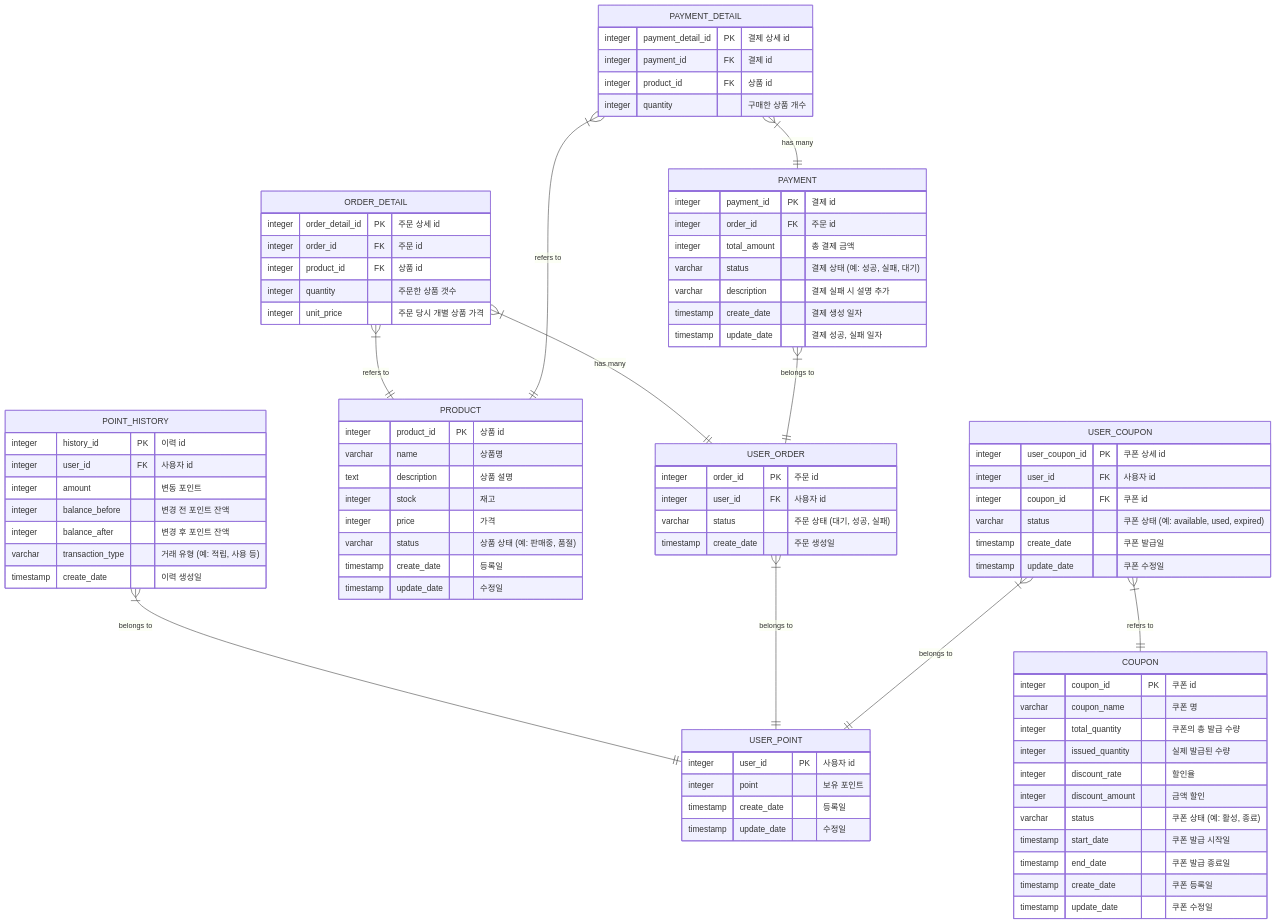
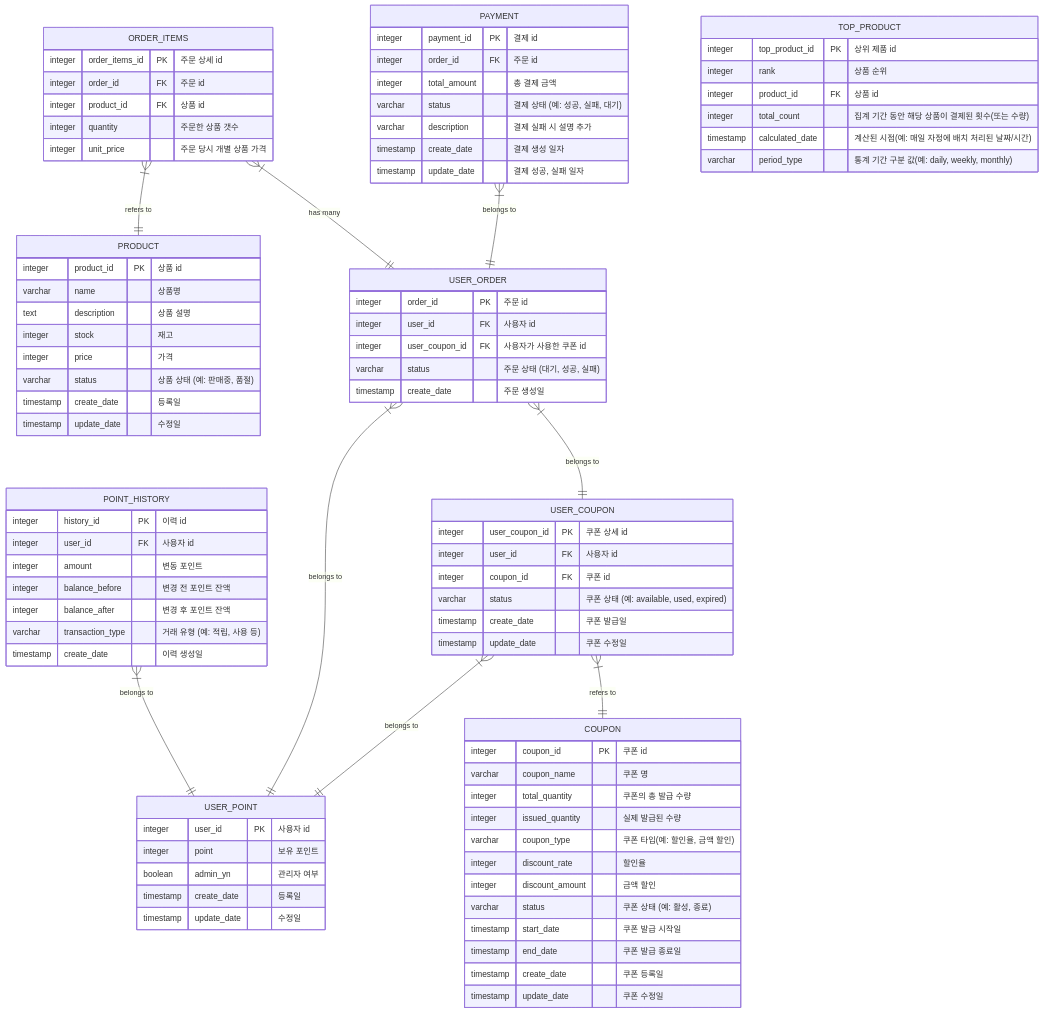
Before and after one commit to Park-ha-neul/hhplus-e-commerce: the diagram in docs/ERD 설계.md, drawn with Mermaid. The commit also changed 1 other file, not shown here.

Commit message:
fix: 2주차 피드백 내용 반영 1. 매핑 테이블명 수정 (_detail -> _items) 2. 결제 매핑 테이블 중복 -> 삭제 3. 상위 상품 테이블(TOP_PRODUCT) 새로 생성 (배치 돌린 후 데이터 저장하는) 4. coupon 테이블에 type 컬럼 추가 (할인율인지 할인금액인지) 5. 주문이랑 쿠폰 연관이 안되어있는 부분 수정 6. 시퀀스 다이어그램에 관리자가 쿠폰, 상품 등록하게 되어있는데 db에는 따로 없음 (사용자 관리 테이블에 관리자 여부 체크하는 컬럼 추가)

````diff
--- a/docs/ERD 설계.md
+++ b/docs/ERD 설계.md
@@ -4,6 +4,7 @@
   USER_POINT {
     integer user_id PK "사용자 id"
     integer point "보유 포인트"
+    boolean admin_yn "관리자 여부"
     timestamp create_date "등록일"
     timestamp update_date "수정일"
   }
@@ -33,20 +34,22 @@
   USER_ORDER {
     integer order_id PK "주문 id"
     integer user_id FK "사용자 id"
+    integer user_coupon_id FK "사용자가 사용한 쿠폰 id"
     varchar status "주문 상태 (대기, 성공, 실패)"
     timestamp create_date "주문 생성일"
   }
   USER_ORDER }|--|| USER_POINT : "belongs to"
+  USER_ORDER }|--|| USER_COUPON : "belongs to"
 
-  ORDER_DETAIL {
-    integer order_detail_id PK "주문 상세 id"
+  ORDER_ITEMS {
+    integer order_items_id PK "주문 상세 id"
     integer order_id FK "주문 id"
     integer product_id FK "상품 id"
     integer quantity "주문한 상품 갯수"
     integer unit_price "주문 당시 개별 상품 가격"
   }
-  ORDER_DETAIL }|--|| USER_ORDER : "has many"
-  ORDER_DETAIL }|--|| PRODUCT : "refers to"
+  ORDER_ITEMS }|--|| USER_ORDER : "has many"
+  ORDER_ITEMS }|--|| PRODUCT : "refers to"
 
   PAYMENT {
     integer payment_id PK "결제 id"
@@ -59,20 +62,12 @@
   }
   PAYMENT }|--|| USER_ORDER : "belongs to"
 
-  PAYMENT_DETAIL {
-    integer payment_detail_id PK "결제 상세 id"
-    integer payment_id FK "결제 id"
-    integer product_id FK "상품 id"
-    integer quantity "구매한 상품 개수"
-  }
-  PAYMENT_DETAIL }|--|| PAYMENT : "has many"
-  PAYMENT_DETAIL }|--|| PRODUCT : "refers to"
-
   COUPON {
     integer coupon_id PK "쿠폰 id"
     varchar coupon_name "쿠폰 명"
     integer total_quantity "쿠폰의 총 발급 수량"
     integer issued_quantity "실제 발급된 수량"
+    varchar coupon_type "쿠폰 타입(예: 할인율, 금액 할인)"
     integer discount_rate "할인율"
     integer discount_amount "금액 할인"
     varchar status "쿠폰 상태 (예: 활성, 종료)"
@@ -92,4 +87,16 @@
   }
   USER_COUPON }|--|| USER_POINT : "belongs to"
   USER_COUPON }|--|| COUPON : "refers to"
+  
+%%  📊 인기 상품 통계 테이블 (배치 처리로 매일 생성)
+%%- 기준: 결제 성공 건 기준
+%%- 사용처: 상위 상품 추천 API
+    TOP_PRODUCT {
+        integer top_product_id PK "상위 제품 id"
+        integer rank "상품 순위"
+        integer product_id FK "상품 id"
+        integer total_count "집계 기간 동안 해당 상품이 결제된 횟수(또는 수량)"
+        timestamp calculated_date "계산된 시점(예: 매일 자정에 배치 처리된 날짜/시간)"
+        varchar period_type "통계 기간 구분 값(예: daily, weekly, monthly)"
+    }
 ```
````
